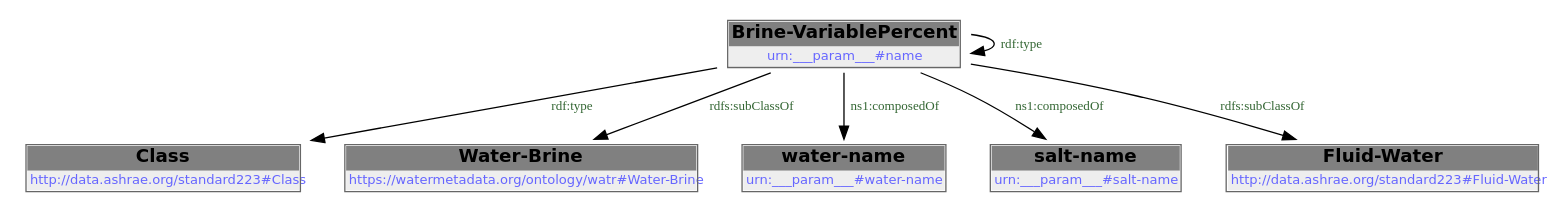
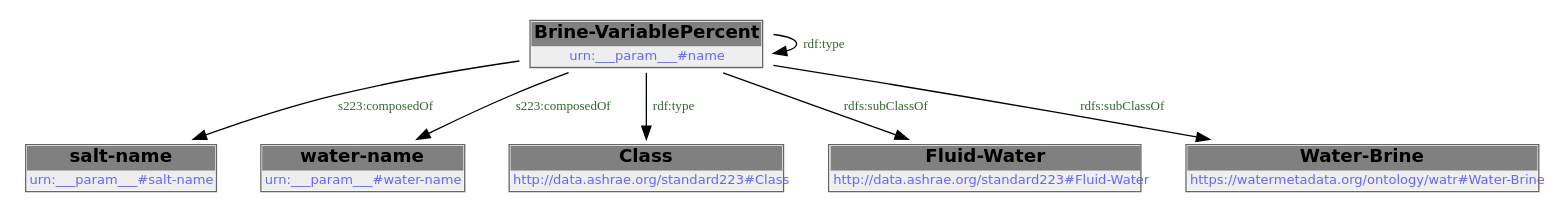
The diagram in docs/libraries/templates/brine.rst (DataDrivenCPS/water-ontology), drawn with Graphviz before and after one commit. The commit also changed other lines of this file and 83 other files, not shown here.

```diff
--- a/docs/libraries/templates/brine.rst
+++ b/docs/libraries/templates/brine.rst
@@ -85,17 +79,23 @@
-        .. graphviz::
+.. graphviz::
 
-                digraph G {
-            node [fontname="DejaVu Sans"];
-            node0 -> node0 [color=BLACK, label=< <font point-size='10' color='#336633'>rdf:type</font> >];
-            node0 -> node1 [color=BLACK, label=< <font point-size='10' color='#336633'>rdf:type</font> >];
-            node0 -> node2 [color=BLACK, label=< <font point-size='10' color='#336633'>rdfs:subClassOf</font> >];
-            node0 -> node3 [color=BLACK, label=< <font point-size='10' color='#336633'>ns1:composedOf</font> >];
-            node0 -> node4 [color=BLACK, label=< <font point-size='10' color='#336633'>ns1:composedOf</font> >];
-            node0 -> node5 [color=BLACK, label=< <font point-size='10' color='#336633'>rdfs:subClassOf</font> >];
-            node0 [shape=none, color=black, label=< <table color='#666666' cellborder='0' cellspacing='0' border='1'><tr><td colspan='2' bgcolor='grey'><B>Brine-VariablePercent</B></td></tr><tr><td href='urn:___param___#name' bgcolor='#eeeeee' colspan='2'><font point-size='10' color='#6666ff'>urn:___param___#name</font></td></tr></table> >];
-            node1 [shape=none, color=black, label=< <table color='#666666' cellborder='0' cellspacing='0' border='1'><tr><td colspan='2' bgcolor='grey'><B>Class</B></td></tr><tr><td href='http://data.ashrae.org/standard223#Class' bgcolor='#eeeeee' colspan='2'><font point-size='10' color='#6666ff'>http://data.ashrae.org/standard223#Class</font></td></tr></table> >];
-            node2 [shape=none, color=black, label=< <table color='#666666' cellborder='0' cellspacing='0' border='1'><tr><td colspan='2' bgcolor='grey'><B>Water-Brine</B></td></tr><tr><td href='https://watermetadata.org/ontology/watr#Water-Brine' bgcolor='#eeeeee' colspan='2'><font point-size='10' color='#6666ff'>https://watermetadata.org/ontology/watr#Water-Brine</font></td></tr></table> >];
-            node3 [shape=none, color=black, label=< <table color='#666666' cellborder='0' cellspacing='0' border='1'><tr><td colspan='2' bgcolor='grey'><B>water-name</B></td></tr><tr><td href='urn:___param___#water-name' bgcolor='#eeeeee' colspan='2'><font point-size='10' color='#6666ff'>urn:___param___#water-name</font></td></tr></table> >];
-            node4 [shape=none, color=black, label=< <table color='#666666' cellborder='0' cellspacing='0' border='1'><tr><td colspan='2' bgcolor='grey'><B>salt-name</B></td></tr><tr><td href='urn:___param___#salt-name' bgcolor='#eeeeee' colspan='2'><font point-size='10' color='#6666ff'>urn:___param___#salt-name</font></td></tr></table> >];
-            node5 [shape=none, color=black, label=< <table color='#666666' cellborder='0' cellspacing='0' border='1'><tr><td colspan='2' bgcolor='grey'><B>Fluid-Water</B></td></tr><tr><td href='http://data.ashrae.org/standard223#Fluid-Water' bgcolor='#eeeeee' colspan='2'><font point-size='10' color='#6666ff'>http://data.ashrae.org/standard223#Fluid-Water</font></td></tr></table> >];
-            }
+    digraph {
+     node [ fontname="DejaVu Sans" ] ;
+        node0 -> node1 [ color=BLACK, label=< <font point-size='10' color='#336633'>s223:composedOf</font> > ] ;
+        node0 -> node2 [ color=BLACK, label=< <font point-size='10' color='#336633'>s223:composedOf</font> > ] ;
+        node0 -> node3 [ color=BLACK, label=< <font point-size='10' color='#336633'>rdf:type</font> > ] ;
+        node0 -> node0 [ color=BLACK, label=< <font point-size='10' color='#336633'>rdf:type</font> > ] ;
+        node0 -> node4 [ color=BLACK, label=< <font point-size='10' color='#336633'>rdfs:subClassOf</font> > ] ;
+        node0 -> node5 [ color=BLACK, label=< <font point-size='10' color='#336633'>rdfs:subClassOf</font> > ] ;
+    # urn:___param___#name node0
+    node0 [ shape=none, color=black label=< <table color='#666666' cellborder='0' cellspacing='0' border='1'><tr><td colspan='2' bgcolor='grey'><B>Brine-VariablePercent</B></td></tr><tr><td href='urn:___param___#name' bgcolor='#eeeeee' colspan='2'><font point-size='10' color='#6666ff'>urn:___param___#name</font></td></tr></table> > ]
+    # urn:___param___#salt-name node1
+    node1 [ shape=none, color=black label=< <table color='#666666' cellborder='0' cellspacing='0' border='1'><tr><td colspan='2' bgcolor='grey'><B>salt-name</B></td></tr><tr><td href='urn:___param___#salt-name' bgcolor='#eeeeee' colspan='2'><font point-size='10' color='#6666ff'>urn:___param___#salt-name</font></td></tr></table> > ]
+    # urn:___param___#water-name node2
+    node2 [ shape=none, color=black label=< <table color='#666666' cellborder='0' cellspacing='0' border='1'><tr><td colspan='2' bgcolor='grey'><B>water-name</B></td></tr><tr><td href='urn:___param___#water-name' bgcolor='#eeeeee' colspan='2'><font point-size='10' color='#6666ff'>urn:___param___#water-name</font></td></tr></table> > ]
+    # http://data.ashrae.org/standard223#Class node3
+    node3 [ shape=none, color=black label=< <table color='#666666' cellborder='0' cellspacing='0' border='1'><tr><td colspan='2' bgcolor='grey'><B>Class</B></td></tr><tr><td href='http://data.ashrae.org/standard223#Class' bgcolor='#eeeeee' colspan='2'><font point-size='10' color='#6666ff'>http://data.ashrae.org/standard223#Class</font></td></tr></table> > ]
+    # http://data.ashrae.org/standard223#Fluid-Water node4
+    node4 [ shape=none, color=black label=< <table color='#666666' cellborder='0' cellspacing='0' border='1'><tr><td colspan='2' bgcolor='grey'><B>Fluid-Water</B></td></tr><tr><td href='http://data.ashrae.org/standard223#Fluid-Water' bgcolor='#eeeeee' colspan='2'><font point-size='10' color='#6666ff'>http://data.ashrae.org/standard223#Fluid-Water</font></td></tr></table> > ]
+    # https://watermetadata.org/ontology/watr#Water-Brine node5
+    node5 [ shape=none, color=black label=< <table color='#666666' cellborder='0' cellspacing='0' border='1'><tr><td colspan='2' bgcolor='grey'><B>Water-Brine</B></td></tr><tr><td href='https://watermetadata.org/ontology/watr#Water-Brine' bgcolor='#eeeeee' colspan='2'><font point-size='10' color='#6666ff'>https://watermetadata.org/ontology/watr#Water-Brine</font></td></tr></table> > ]
+    }
```
